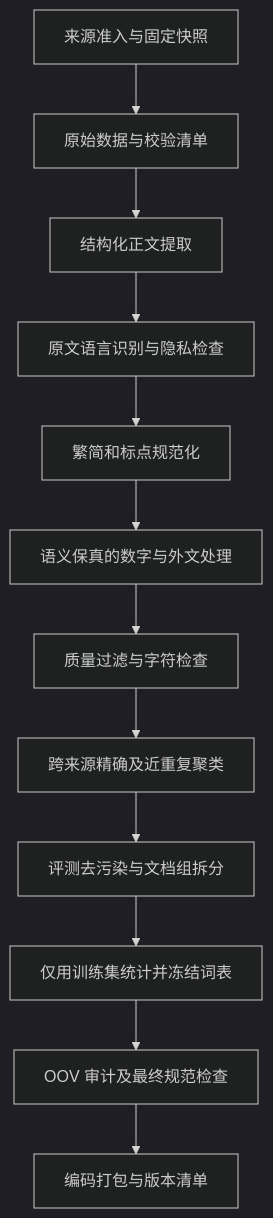
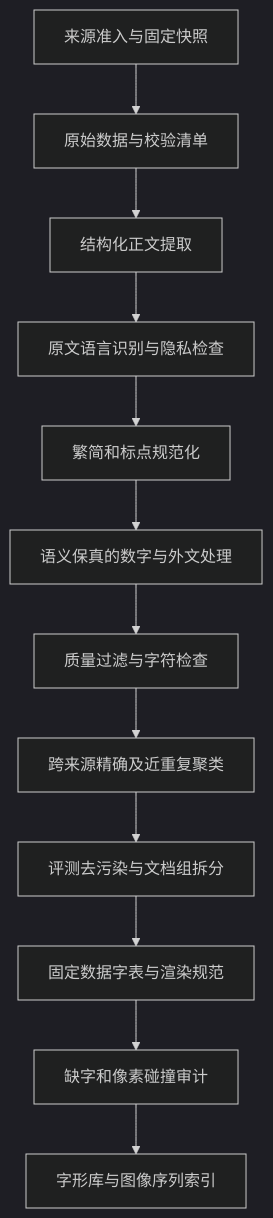
Before and after one commit to zaipax/HansGPT: the second of 2 diagrams in HANSGPT_MODEL_AND_DATA_DESIGN.md, drawn with Mermaid (dark theme). The commit also changed other lines of this file and 1 other file, not shown here.

````diff
--- a/HANSGPT_MODEL_AND_DATA_DESIGN.md
+++ b/HANSGPT_MODEL_AND_DATA_DESIGN.md
@@ -220,14 +272,14 @@
 ```mermaid
 flowchart TD
     A[来源准入与固定快照] --> B[原始数据与校验清单]
     B --> C[结构化正文提取]
     C --> D[原文语言识别与隐私检查]
     D --> E[繁简和标点规范化]
     E --> F[语义保真的数字与外文处理]
     F --> G[质量过滤与字符检查]
     G --> H[跨来源精确及近重复聚类]
     H --> I[评测去污染与文档组拆分]
-    I --> J[仅用训练集统计并冻结词表]
-    J --> K[OOV 审计及最终规范检查]
-    K --> L[编码打包与版本清单]
+    I --> J[固定数据字表与渲染规范]
+    J --> K[缺字和像素碰撞审计]
+    K --> L[字形库与图像序列索引]
 ```
````
